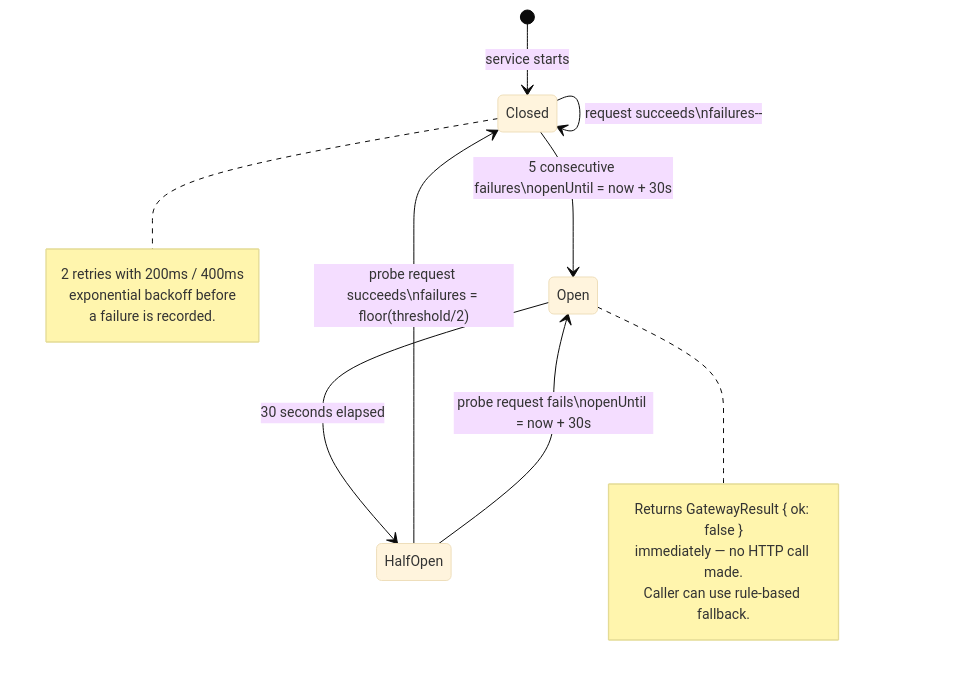
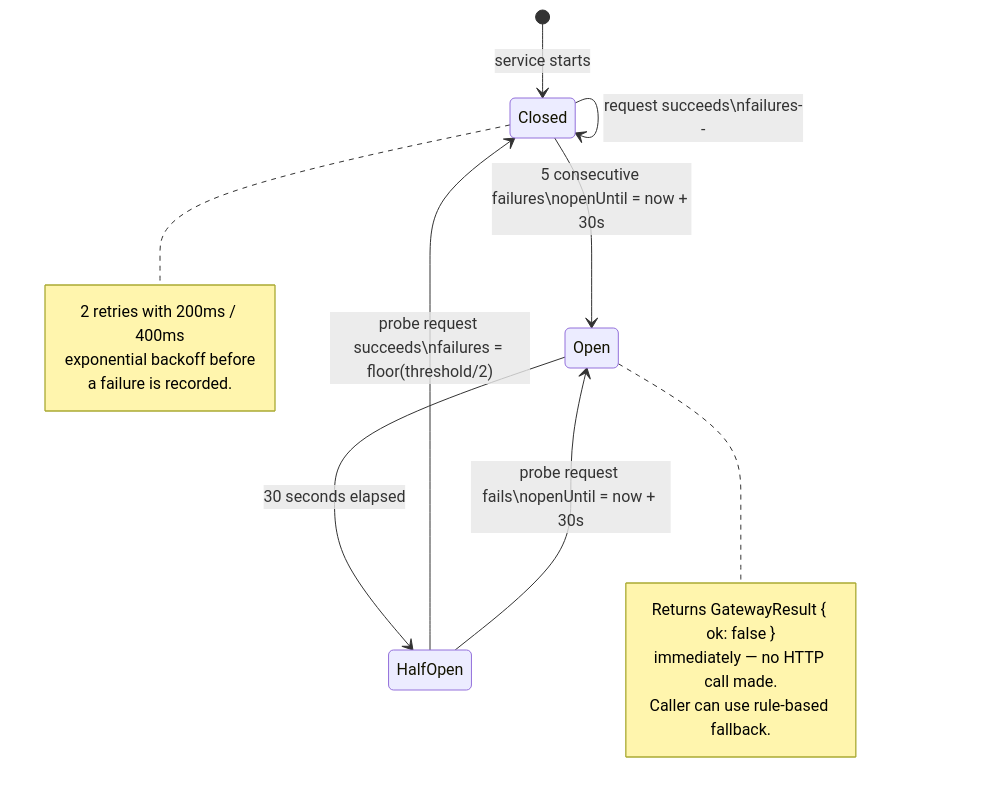
The fifth of 5 diagrams in backend/README.md (EddyKilonzo/Ascend), drawn with Mermaid before and after one commit. The commit also changed other lines of this file and 1 other file, not shown here.

Commit message:
[added]: system structure diagrams

````diff
--- a/backend/README.md
+++ b/backend/README.md
@@ -195,22 +191,21 @@
 ```mermaid
-%%{init: {'theme': 'base', 'themeVariables': {'fontSize': '14px'}}}%%
 stateDiagram-v2
     [*]    --> Closed   : service starts
     Closed --> Closed   : request succeeds\nfailures--
     Closed --> Open     : 5 consecutive failures\nopenUntil = now + 30s
     Open   --> HalfOpen : 30 seconds elapsed
     HalfOpen --> Closed  : probe request succeeds\nfailures = floor(threshold/2)
     HalfOpen --> Open    : probe request fails\nopenUntil = now + 30s
 
     note right of Open
         Returns GatewayResult { ok: false }
         immediately — no HTTP call made.
         Caller can use rule-based fallback.
     end note
 
     note right of Closed
         2 retries with 200ms / 400ms
         exponential backoff before
         a failure is recorded.
     end note
 ```
````
